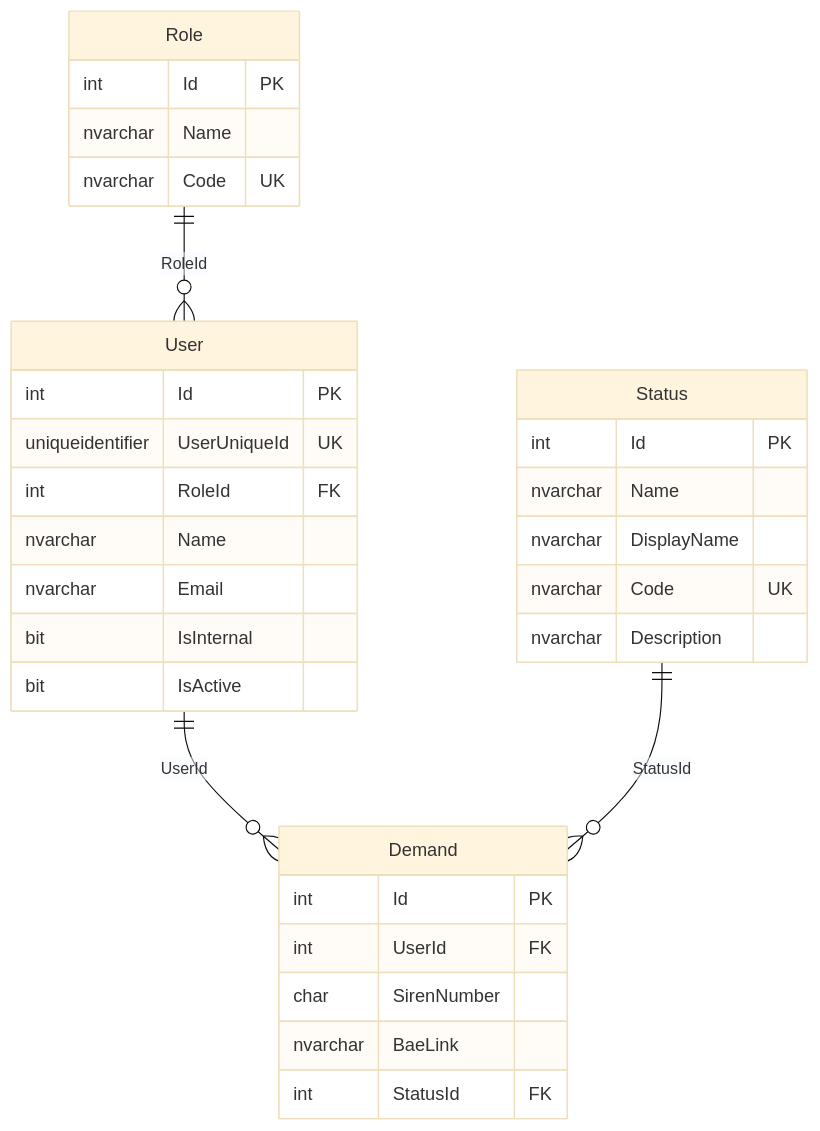
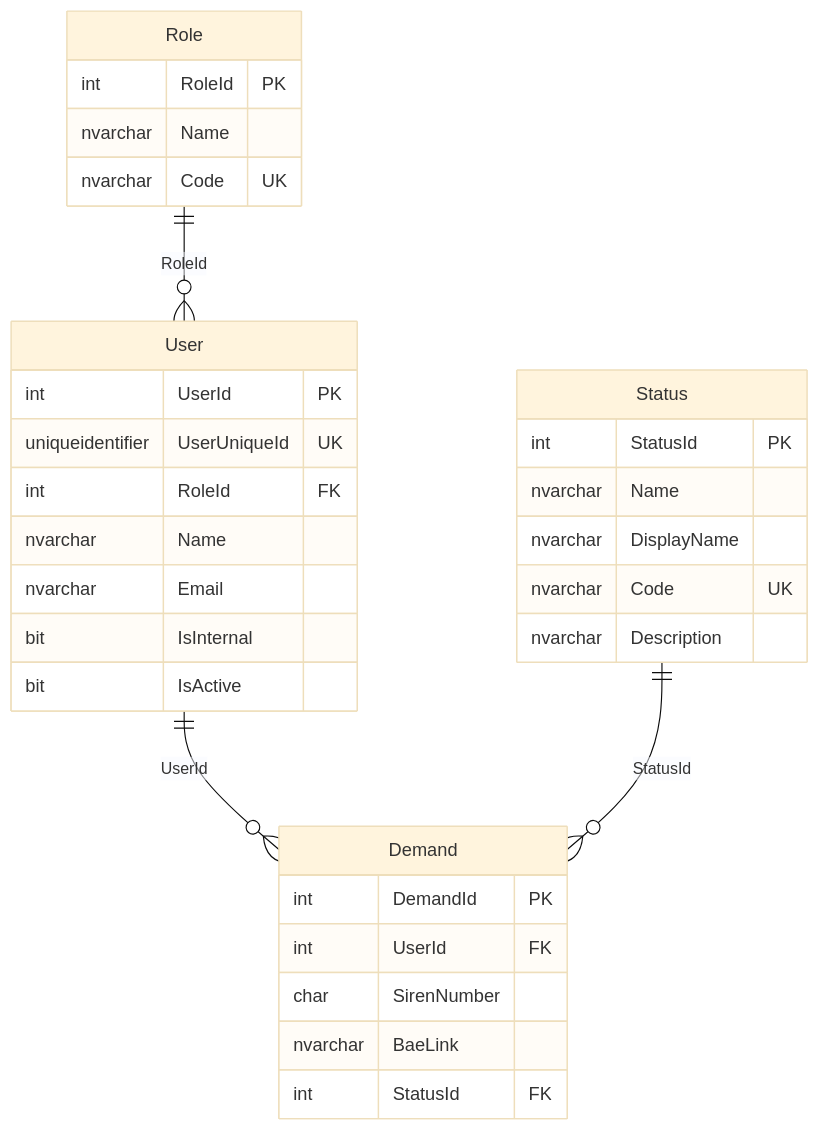
One commit to alex-talan/klesia-api changed the second of 2 diagrams in docs/specs/SPECIFICATIONS.md. Above: the diagram before and after it, drawn with Mermaid (base theme). The commit also changed other lines of this file and 95 other files, not shown here.

````diff
--- a/docs/specs/SPECIFICATIONS.md
+++ b/docs/specs/SPECIFICATIONS.md
@@ -98,34 +119,34 @@
 ```mermaid
 erDiagram
     Role ||--o{ User : "RoleId"
     User ||--o{ Demand : "UserId"
     Status ||--o{ Demand : "StatusId"
     Role {
-      int Id PK
+      int RoleId PK
       nvarchar Name
       nvarchar Code UK
     }
     User {
-      int Id PK
+      int UserId PK
       uniqueidentifier UserUniqueId UK
       int RoleId FK
       nvarchar Name
       nvarchar Email
       bit IsInternal
       bit IsActive
     }
     Status {
-      int Id PK
+      int StatusId PK
       nvarchar Name
       nvarchar DisplayName
       nvarchar Code UK
       nvarchar Description
     }
     Demand {
-      int Id PK
+      int DemandId PK
       int UserId FK
       char SirenNumber
       nvarchar BaeLink
       int StatusId FK
     }
 ```
````
